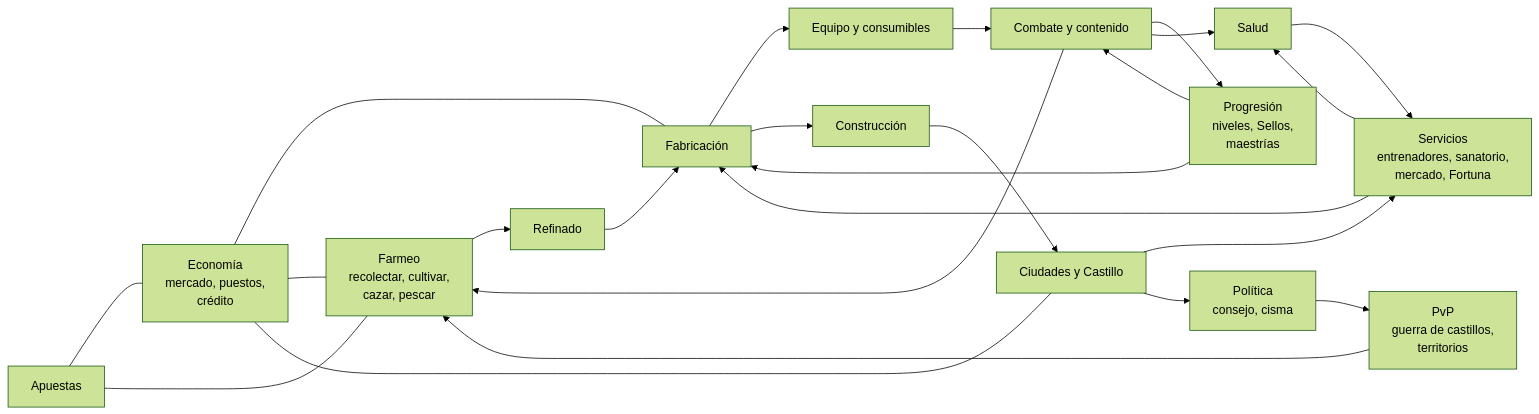
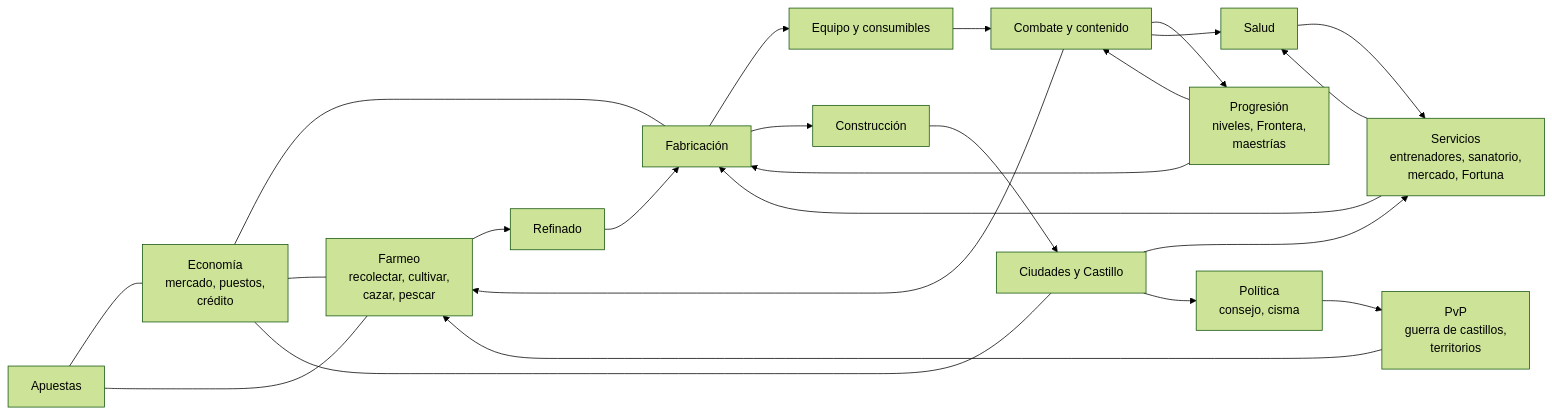
Before and after one commit to jams990519/RPGDungeon: the diagram in diseno/00-vision/red-de-sistemas.md, drawn with Mermaid (forest theme). The commit also changed 6 other files, not shown here.

````diff
--- a/diseno/00-vision/red-de-sistemas.md
+++ b/diseno/00-vision/red-de-sistemas.md
@@ -19,26 +19,26 @@
 ```mermaid
 flowchart LR
   F[Farmeo<br>recolectar, cultivar,<br>cazar, pescar] --> R[Refinado]
   R --> C[Fabricación]
   C --> EQ[Equipo y consumibles]
   C --> CO[Construcción]
   EQ --> CB[Combate y contenido]
   CB --> F
-  CB --> P[Progresión<br>niveles, Sellos,<br>maestrías]
+  CB --> P[Progresión<br>niveles, Frontera,<br>maestrías]
   P --> CB
   P --> C
   CO --> CI[Ciudades y Castillo]
   CI --> SV[Servicios<br>entrenadores, sanatorio,<br>mercado, Fortuna]
   SV --> C
   SV --> S[Salud]
   CB --> S
   S --> SV
   CI --> PO[Política<br>consejo, cisma]
   PO --> PV[PvP<br>guerra de castillos,<br>territorios]
   PV --> F
   EC[Economía<br>mercado, puestos,<br>crédito] --- C
   EC --- F
   EC --- CI
   AP[Apuestas] --- EC
   AP --- F
 ```
````
